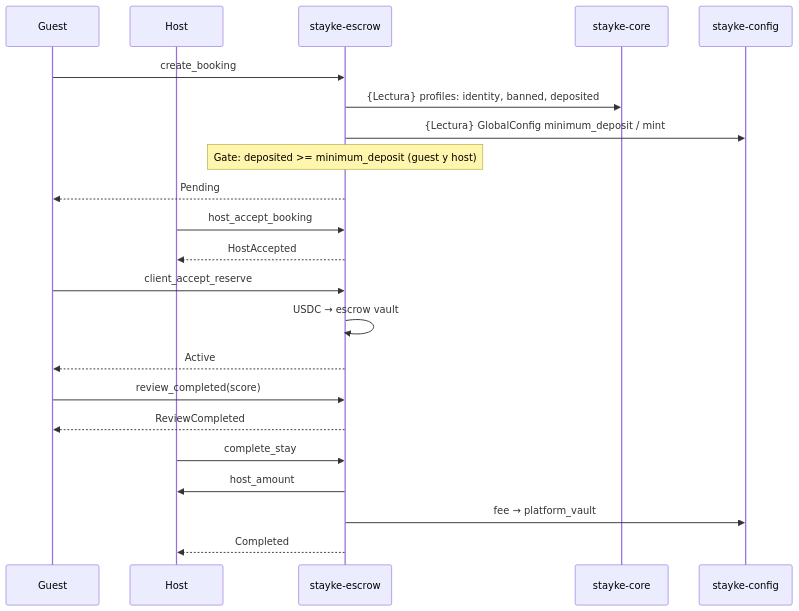
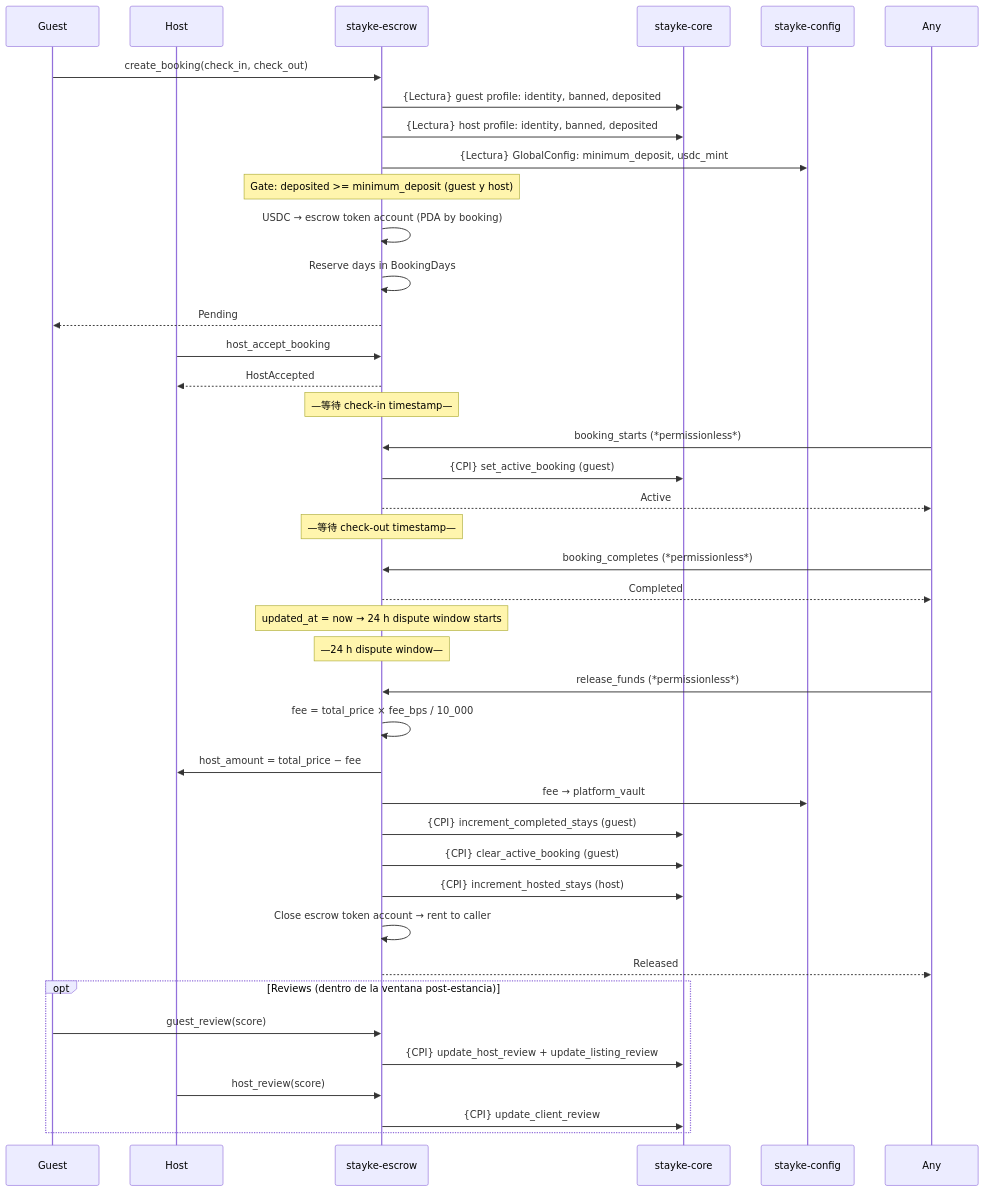
One commit to GestLabs2-0/stayke-contracts changed the third of 7 diagrams in docs/stayke-flow-diagram.md. Above: the diagram before and after it, drawn with Mermaid. The commit also changed other lines of this file and 30 other files, not shown here.

````diff
--- a/docs/stayke-flow-diagram.md
+++ b/docs/stayke-flow-diagram.md
@@ -90,25 +108,51 @@
 ```mermaid
 sequenceDiagram
     participant G as Guest
     participant H as Host
     participant E as stayke-escrow
     participant C as stayke-core
     participant CF as stayke-config
 
-    G->>E: create_booking
-    E->>C: {Lectura} profiles: identity, banned, deposited
-    E->>CF: {Lectura} GlobalConfig minimum_deposit / mint
+    G->>E: create_booking(check_in, check_out)
+    E->>C: {Lectura} guest profile: identity, banned, deposited
+    E->>C: {Lectura} host profile: identity, banned, deposited
+    E->>CF: {Lectura} GlobalConfig: minimum_deposit, usdc_mint
     Note over E: Gate: deposited >= minimum_deposit (guest y host)
+    E->>E: USDC → escrow token account (PDA by booking)
+    E->>E: Reserve days in BookingDays
     E-->>G: Pending
+
     H->>E: host_accept_booking
     E-->>H: HostAccepted
-    G->>E: client_accept_reserve
-    E->>E: USDC → escrow vault
-    E-->>G: Active
-    G->>E: review_completed(score)
-    E-->>G: ReviewCompleted
-    H->>E: complete_stay
-    E->>H: host_amount
+
+    Note over E: —等待 check-in timestamp—
+
+    Any->>E: booking_starts (*permissionless*)
+    E->>C: {CPI} set_active_booking (guest)
+    E-->>Any: Active
+
+    Note over E: —等待 check-out timestamp—
+
+    Any->>E: booking_completes (*permissionless*)
+    E-->>Any: Completed
+    Note over E: updated_at = now → 24 h dispute window starts
+
+    Note over E: —24 h dispute window—
+
+    Any->>E: release_funds (*permissionless*)
+    E->>E: fee = total_price × fee_bps / 10_000
+    E->>H: host_amount = total_price − fee
     E->>CF: fee → platform_vault
-    E-->>H: Completed
+    E->>C: {CPI} increment_completed_stays (guest)
+    E->>C: {CPI} clear_active_booking (guest)
+    E->>C: {CPI} increment_hosted_stays (host)
+    E->>E: Close escrow token account → rent to caller
+    E-->>Any: Released
+
+    opt Reviews (dentro de la ventana post-estancia)
+        G->>E: guest_review(score)
+        E->>C: {CPI} update_host_review + update_listing_review
+        H->>E: host_review(score)
+        E->>C: {CPI} update_client_review
+    end
 ```
````
